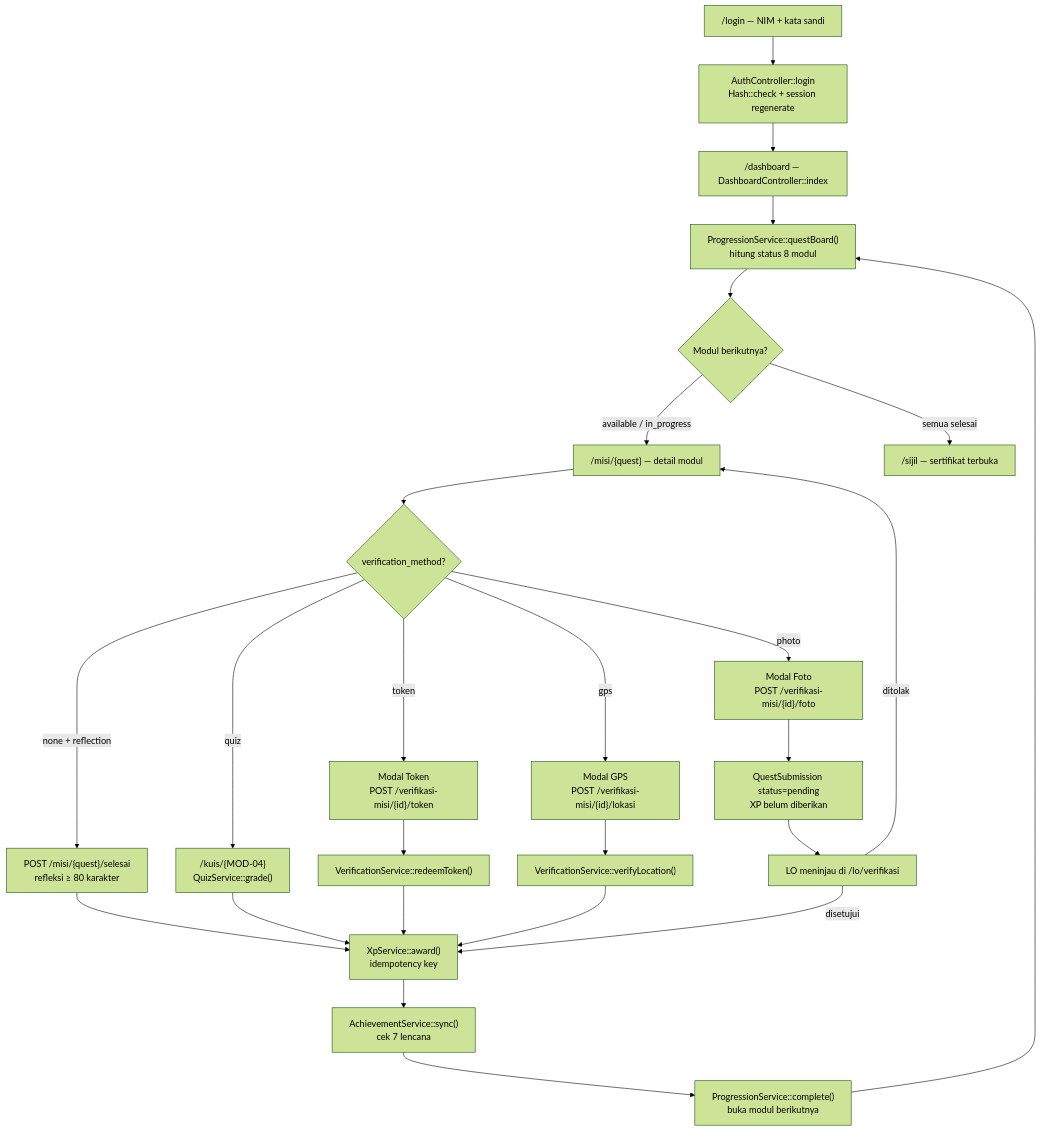
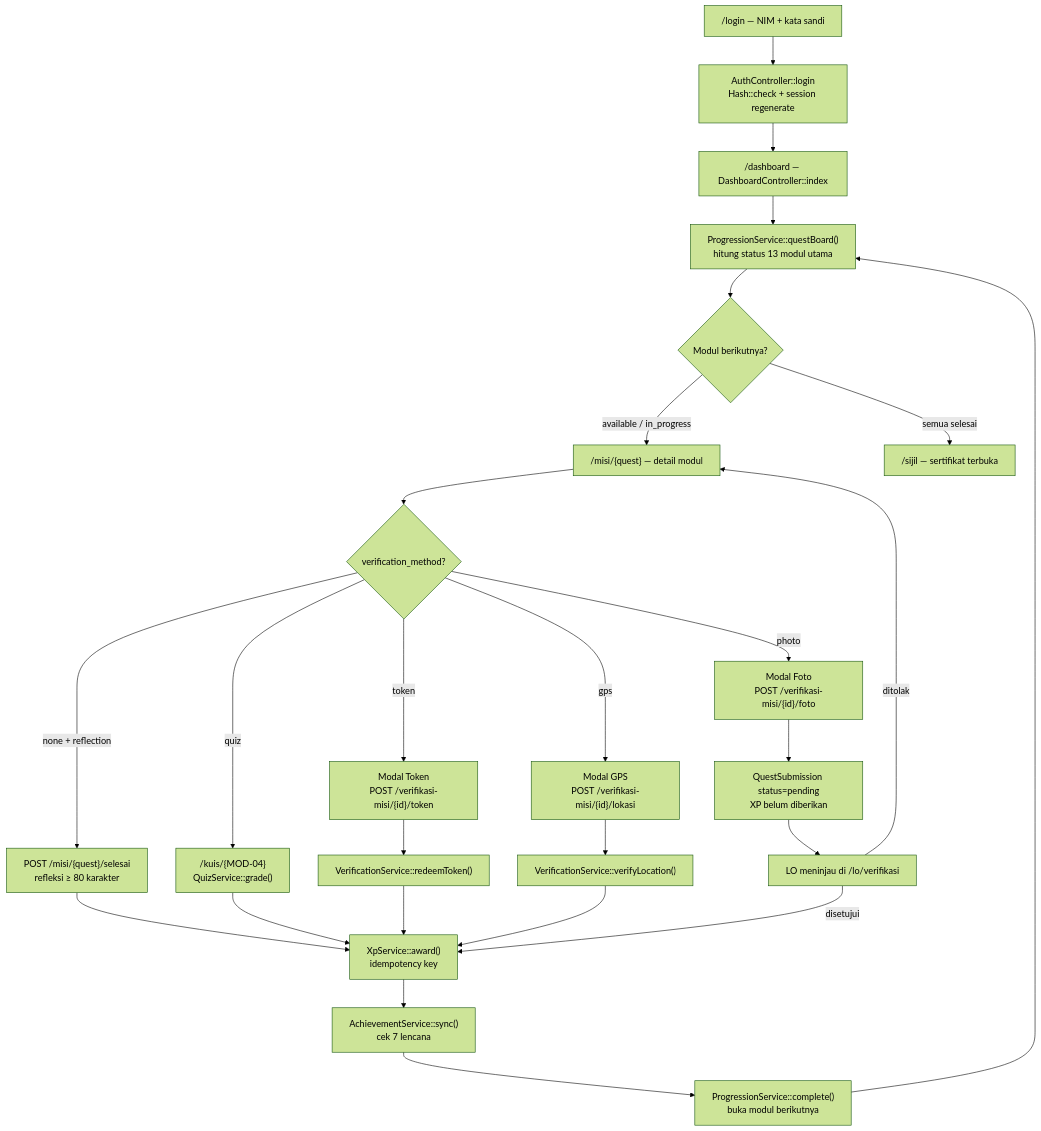
One commit to LombaOspek/LombaOspek changed the first of 4 diagrams in FLOW.md. Above: the diagram before and after it, drawn with Mermaid (forest theme). The commit also changed other lines of this file, not shown here.

First line of the commit message:
docs(flow): perbarui FLOW.md ke 13 modul, Bursa, Side Quest, dan deployment

````diff
--- a/FLOW.md
+++ b/FLOW.md
@@ -45,34 +45,34 @@
 ```mermaid
 flowchart TD
     A["/login — NIM + kata sandi"] --> B["AuthController::login<br/>Hash::check + session regenerate"]
     B --> C["/dashboard — DashboardController::index"]
-    C --> D["ProgressionService::questBoard()<br/>hitung status 8 modul"]
+    C --> D["ProgressionService::questBoard()<br/>hitung status 13 modul utama"]
 
     D --> E{"Modul berikutnya?"}
     E -->|"available / in_progress"| F["/misi/{quest} — detail modul"]
     E -->|"semua selesai"| Z["/sijil — sertifikat terbuka"]
 
     F --> G{"verification_method?"}
 
     G -->|none + reflection| H["POST /misi/{quest}/selesai<br/>refleksi ≥ 80 karakter"]
     G -->|quiz| I["/kuis/{MOD-04}<br/>QuizService::grade()"]
     G -->|token| J["Modal Token<br/>POST /verifikasi-misi/{id}/token"]
     G -->|gps| K["Modal GPS<br/>POST /verifikasi-misi/{id}/lokasi"]
     G -->|photo| L["Modal Foto<br/>POST /verifikasi-misi/{id}/foto"]
 
     H --> M["XpService::award()<br/>idempotency key"]
     I --> M
     J --> N["VerificationService::redeemToken()"]
     K --> O["VerificationService::verifyLocation()"]
     L --> P["QuestSubmission status=pending<br/>XP belum diberikan"]
 
     N --> M
     O --> M
     M --> Q["AchievementService::sync()<br/>cek 7 lencana"]
     Q --> R["ProgressionService::complete()<br/>buka modul berikutnya"]
     R --> D
 
     P --> S["LO meninjau di /lo/verifikasi"]
     S -->|disetujui| M
     S -->|ditolak| F
 ```
````
